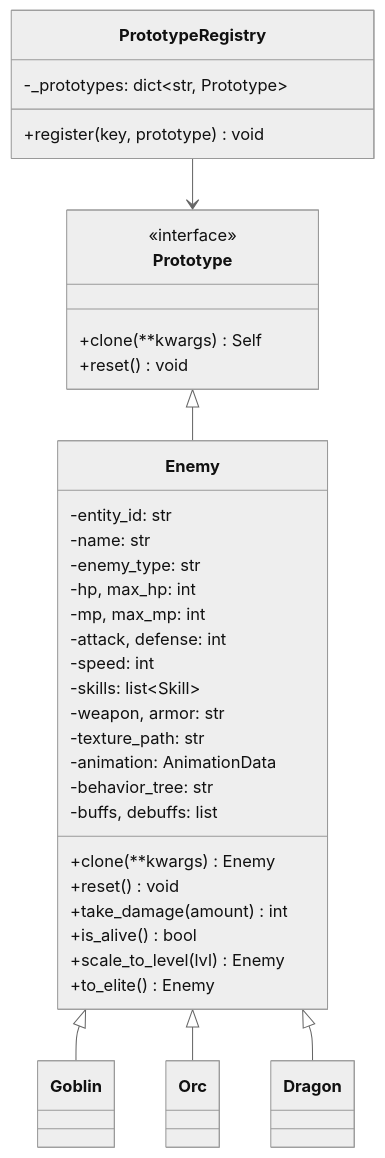
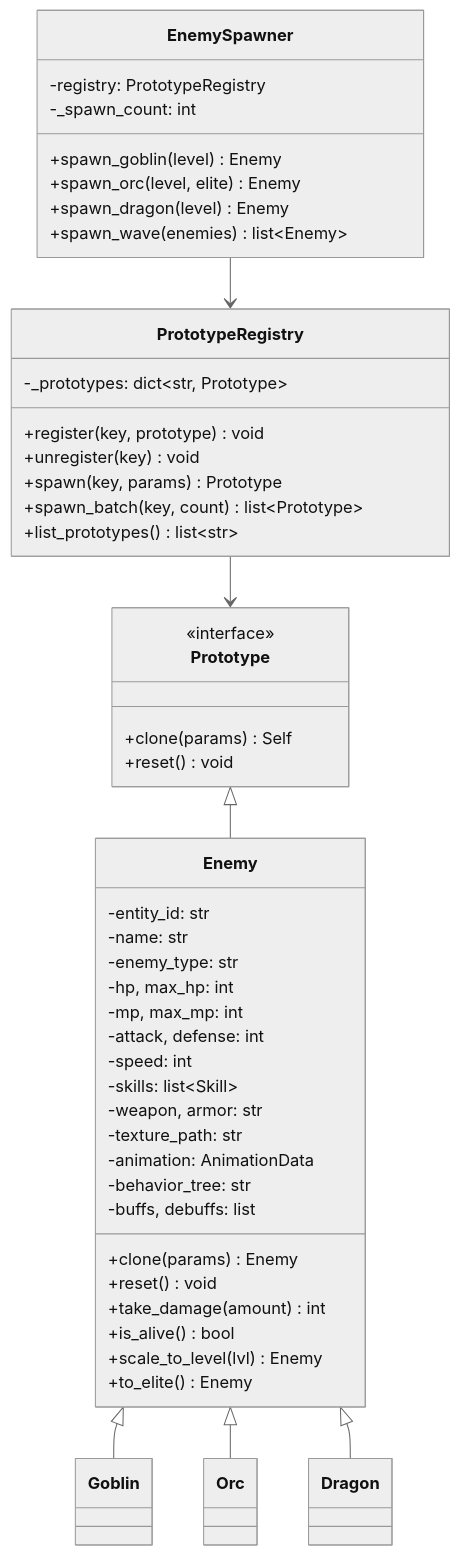
Before and after one commit to sojgja/sojgja.github.io: the diagram in docs/series/prototype.md, drawn with Mermaid (neutral theme). The commit also changed other lines of this file and 12 other files, not shown here.

Commit message:
design patterns: apply nhatkyforex writing style, add trading series, convert UML to Mermaid diagrams

````diff
--- a/docs/series/prototype.md
+++ b/docs/series/prototype.md
@@ -570,44 +570,57 @@
 ```mermaid
 classDiagram
     class Prototype {
         <<interface>>
-        +clone(**kwargs) Self
+        +clone(params) Self
         +reset() void
     }
     class Enemy {
         -entity_id: str
         -name: str
         -enemy_type: str
         -hp, max_hp: int
         -mp, max_mp: int
         -attack, defense: int
         -speed: int
         -skills: list~Skill~
         -weapon, armor: str
         -texture_path: str
         -animation: AnimationData
         -behavior_tree: str
         -buffs, debuffs: list
-        +clone(**kwargs) Enemy
+        +clone(params) Enemy
         +reset() void
         +take_damage(amount) int
         +is_alive() bool
         +scale_to_level(lvl) Enemy
         +to_elite() Enemy
     }
     class Goblin {
     }
     class Orc {
     }
     class Dragon {
     }
     class PrototypeRegistry {
         -_prototypes: dict~str, Prototype~
         +register(key, prototype) void
+        +unregister(key) void
+        +spawn(key, params) Prototype
+        +spawn_batch(key, count) list~Prototype~
+        +list_prototypes() list~str~
+    }
+    class EnemySpawner {
+        -registry: PrototypeRegistry
+        -_spawn_count: int
+        +spawn_goblin(level) Enemy
+        +spawn_orc(level, elite) Enemy
+        +spawn_dragon(level) Enemy
+        +spawn_wave(enemies) list~Enemy~
     }
     Prototype <|-- Enemy
     Enemy <|-- Goblin
     Enemy <|-- Orc
     Enemy <|-- Dragon
     PrototypeRegistry --> Prototype
+    EnemySpawner --> PrototypeRegistry
 ```
````
